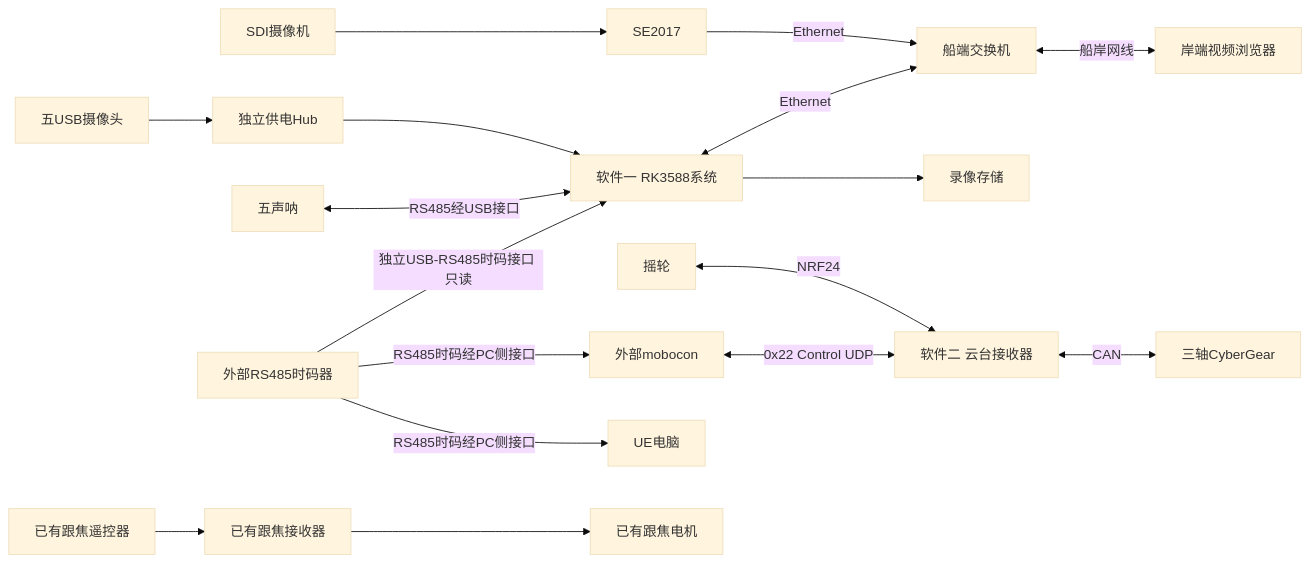
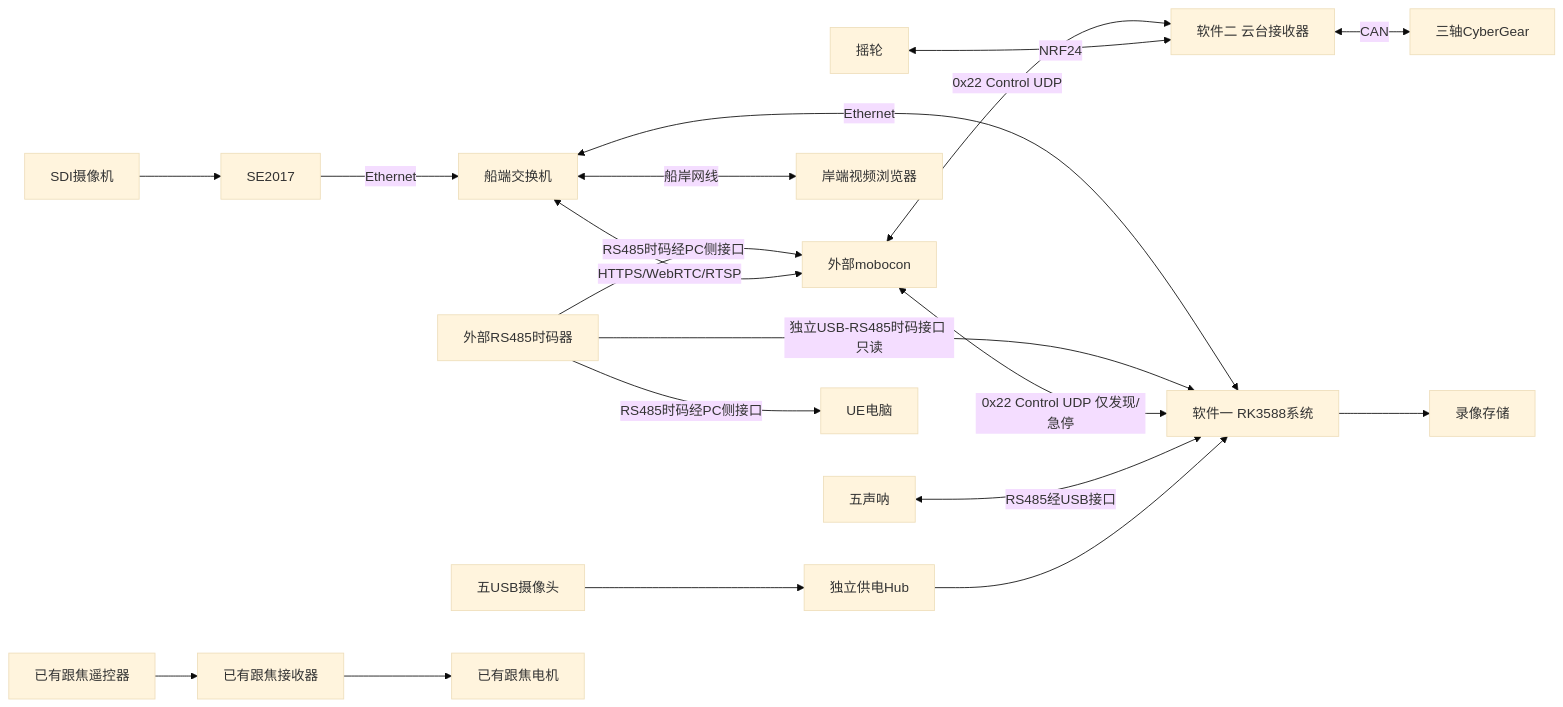
One commit to camerakang/device_rockchip changed the diagram in apps/ss07-water-control/lib/mobocom_protocol/docs/ss07/architecture.md. Above: the diagram before and after it, drawn with Mermaid (base theme). The commit also changed 18 other files, not shown here.

````diff
--- a/apps/ss07-water-control/lib/mobocom_protocol/docs/ss07/architecture.md
+++ b/apps/ss07-water-control/lib/mobocom_protocol/docs/ss07/architecture.md
@@ -18,19 +18,21 @@
 ```mermaid
 flowchart LR
   SDI[SDI摄像机] --> ENC[SE2017]
   ENC -->|Ethernet| SW[船端交换机]
   USB[五USB摄像头] --> HUB[独立供电Hub]
   HUB --> RK[软件一 RK3588系统]
   SON[五声呐] <-->|RS485经USB接口| RK
   RK <-->|Ethernet| SW
   RK --> DISK[录像存储]
   SW <-->|船岸网线| VIDEO[岸端视频浏览器]
   WHEEL[摇轮] <-->|NRF24| G[软件二 云台接收器]
   PC[外部mobocon] <-->|0x22 Control UDP| G
+  PC <-->|0x22 Control UDP 仅发现/急停| RK
+  SW <-->|HTTPS/WebRTC/RTSP| PC
   TC[外部RS485时码器] -->|RS485时码经PC侧接口| PC
   TC -->|RS485时码经PC侧接口| UE[UE电脑]
   TC -->|独立USB-RS485时码接口 只读| RK
   G <-->|CAN| MOTOR[三轴CyberGear]
   HAND[已有跟焦遥控器] --> F[已有跟焦接收器]
   F --> FM[已有跟焦电机]
 ```
````
